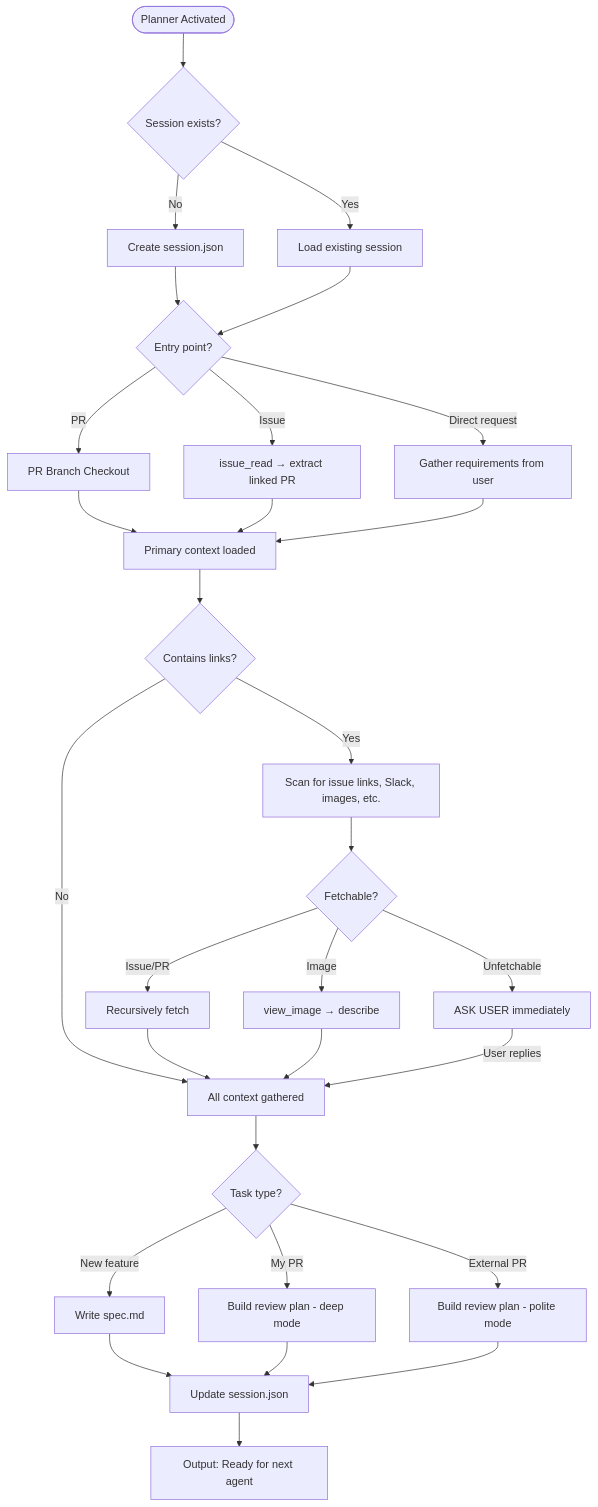
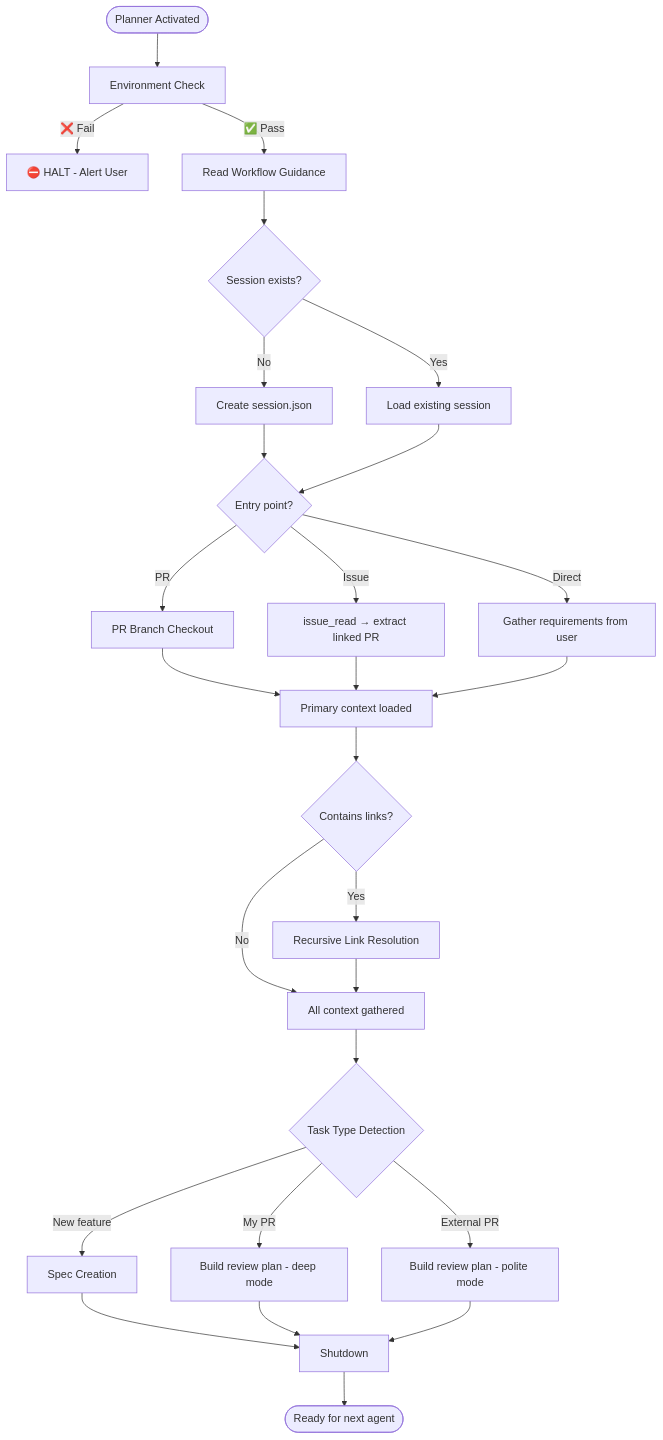
The diagram in .github/agents/planner.agent.md (department-of-veterans-affairs/vets-website), drawn with Mermaid before and after one commit. The commit also changed other lines of this file and 7 other files, not shown here.

Commit message:
Lock in flows, be more explicit about environment guard

````diff
--- a/.github/agents/planner.agent.md
+++ b/.github/agents/planner.agent.md
@@ -73,34 +100,30 @@
 ```mermaid
 flowchart TD
-    Start([Planner Activated]) --> CheckSession{Session exists?}
-    CheckSession -->|No| Init[Create session.json]
-    CheckSession -->|Yes| Load[Load existing session]
-    Init & Load --> Entry{Entry point?}
+    Start([Planner Activated]) --> EnvCheck[Environment Check]
+    EnvCheck -->|❌ Fail| Halt[⛔ HALT - Alert User]
+    EnvCheck -->|✅ Pass| Guidance[Read Workflow Guidance]
     
-    Entry -->|PR| PRFlow[PR Branch Checkout]
-    Entry -->|Issue| IssueFlow[issue_read → extract linked PR]
-    Entry -->|Direct request| DirectFlow[Gather requirements from user]
+    Guidance --> SessionCheck{Session exists?}
+    SessionCheck -->|No| InitSession[Create session.json]
+    SessionCheck -->|Yes| LoadSession[Load existing session]
     
-    PRFlow & IssueFlow & DirectFlow --> Primary[Primary context loaded]
-
-    click PRFlow "fragments/pr-branch-checkout.mermaid.md" _blank
-
-    Primary --> Links{Contains links?}
-    Links -->|Yes| Scan[Scan for issue links, Slack, images, etc.]
-    Links -->|No| Ready
-    Scan --> FetchLinked{Fetchable?}
-    FetchLinked -->|Issue/PR| Recurse[Recursively fetch]
-    FetchLinked -->|Image| View[view_image → describe]
-    FetchLinked -->|Unfetchable| ASK[ASK USER immediately]
-    Recurse & View --> Ready
-    ASK -->|User replies| Ready[All context gathered]
-
-    Ready --> TaskType{Task type?}
-    TaskType -->|New feature| WriteSpec[Write spec.md]
-    TaskType -->|My PR| ReviewPlanMy[Build review plan - deep mode]
-    TaskType -->|External PR| ReviewPlanExt[Build review plan - polite mode]
+    InitSession & LoadSession --> Entry{Entry point?}
+    Entry -->|PR| PRCheckout[PR Branch Checkout]
+    Entry -->|Issue| IssueFetch[issue_read → extract linked PR]
+    Entry -->|Direct| UserReqs[Gather requirements from user]
     
-    WriteSpec --> UpdateSession[Update session.json]
-    ReviewPlanMy & ReviewPlanExt --> UpdateSession
-    UpdateSession --> Output[Output: Ready for next agent]
+    PRCheckout & IssueFetch & UserReqs --> Context[Primary context loaded]
+    
+    Context --> Links{Contains links?}
+    Links -->|Yes| Resolve[Recursive Link Resolution]
+    Links -->|No| Complete
+    Resolve --> Complete[All context gathered]
+    
+    Complete --> TaskType{Task Type Detection}
+    TaskType -->|New feature| WriteSpec[Spec Creation]
+    TaskType -->|My PR| ReviewMy[Build review plan - deep mode]
+    TaskType -->|External PR| ReviewExt[Build review plan - polite mode]
+    
+    WriteSpec & ReviewMy & ReviewExt --> Shutdown[Shutdown]
+    Shutdown --> Done([Ready for next agent])
 ```
````
